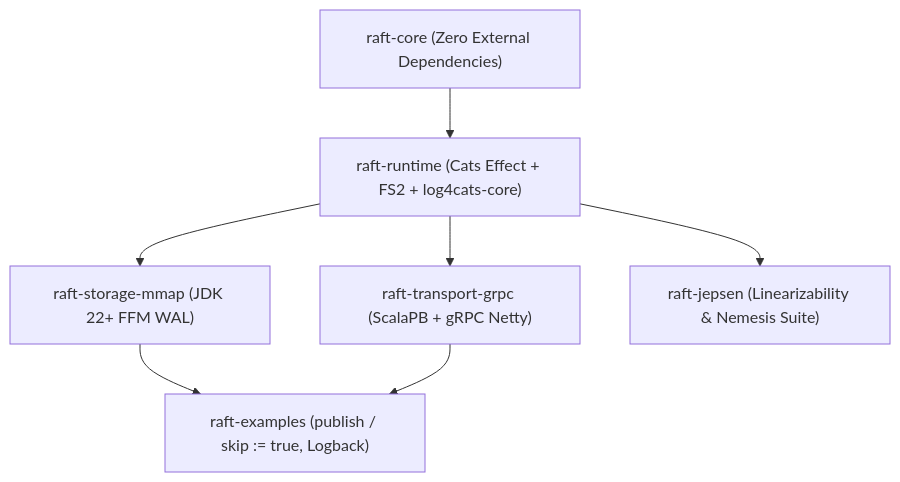
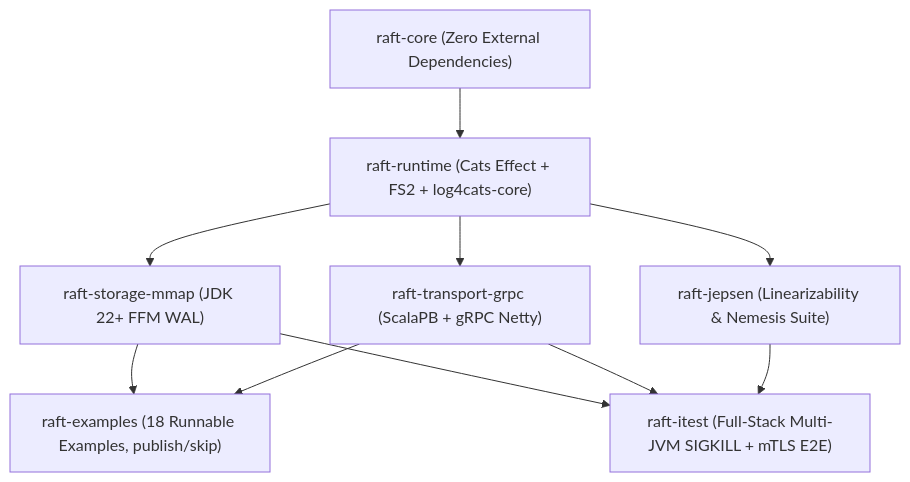
The first of 4 diagrams in docs/book/23-host-system-integration.md (bmscomp/raft), drawn with Mermaid before and after one commit. The commit also changed other lines of this file and 27 other files, not shown here.

Commit message:
docs(book): enhance Raft design analysis, implementation architecture, and all 18 runnable examples

````diff
--- a/docs/book/23-host-system-integration.md
+++ b/docs/book/23-host-system-integration.md
@@ -11,16 +11,20 @@
 ```mermaid
 flowchart TD
     core["raft-core (Zero External Dependencies)"]
     runtime["raft-runtime (Cats Effect + FS2 + log4cats-core)"]
     mmap["raft-storage-mmap (JDK 22+ FFM WAL)"]
     grpc["raft-transport-grpc (ScalaPB + gRPC Netty)"]
     jepsen["raft-jepsen (Linearizability & Nemesis Suite)"]
-    examples["raft-examples (publish / skip := true, Logback)"]
+    examples["raft-examples (18 Runnable Examples, publish/skip)"]
+    itest["raft-itest (Full-Stack Multi-JVM SIGKILL + mTLS E2E)"]
 
     core --> runtime
     runtime --> mmap
     runtime --> grpc
     runtime --> jepsen
     mmap --> examples
     grpc --> examples
+    mmap --> itest
+    grpc --> itest
+    jepsen --> itest
 ```
````
